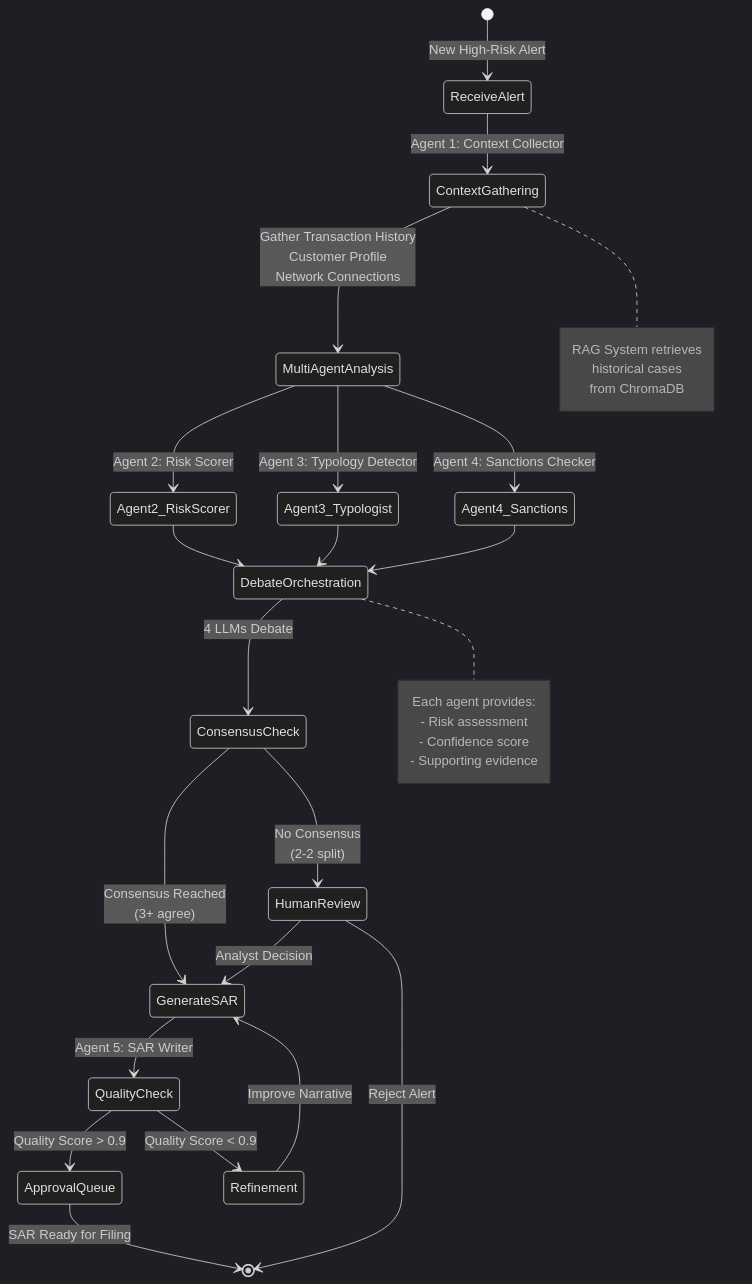
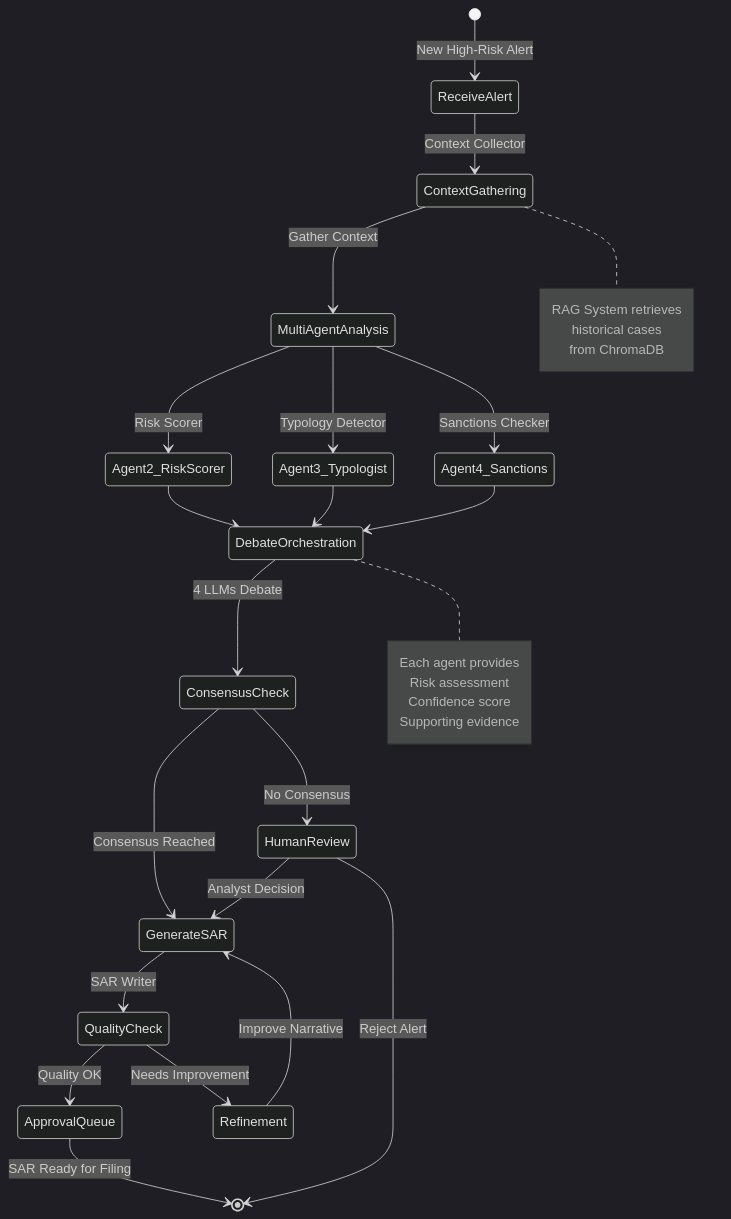
Before and after one commit to gregorizeidler/Nexus-ai: diagram 32 of 45 in README.md, drawn with Mermaid.

Commit message:
Fix LangGraph State Machine Mermaid diagram syntax

````diff
--- a/README.md
+++ b/README.md
@@ -3559,47 +3559,47 @@
 ```mermaid
 %%{init: {'theme':'dark', 'themeVariables': { 'primaryColor':'#1e3a8a','secondaryColor':'#7c3aed','tertiaryColor':'#0891b2'}}}%%
 stateDiagram-v2
     [*] --> ReceiveAlert: New High-Risk Alert
     
-    ReceiveAlert --> ContextGathering: Agent 1: Context Collector
+    ReceiveAlert --> ContextGathering: Context Collector
     
-    ContextGathering --> MultiAgentAnalysis: Gather Transaction History<br/>Customer Profile<br/>Network Connections
+    ContextGathering --> MultiAgentAnalysis: Gather Context
     
-    MultiAgentAnalysis --> Agent2_RiskScorer: Agent 2: Risk Scorer
-    MultiAgentAnalysis --> Agent3_Typologist: Agent 3: Typology Detector
-    MultiAgentAnalysis --> Agent4_Sanctions: Agent 4: Sanctions Checker
+    MultiAgentAnalysis --> Agent2_RiskScorer: Risk Scorer
+    MultiAgentAnalysis --> Agent3_Typologist: Typology Detector
+    MultiAgentAnalysis --> Agent4_Sanctions: Sanctions Checker
     
     Agent2_RiskScorer --> DebateOrchestration
     Agent3_Typologist --> DebateOrchestration
     Agent4_Sanctions --> DebateOrchestration
     
     DebateOrchestration --> ConsensusCheck: 4 LLMs Debate
     
-    ConsensusCheck --> GenerateSAR: Consensus Reached<br/>(3+ agree)
-    ConsensusCheck --> HumanReview: No Consensus<br/>(2-2 split)
+    ConsensusCheck --> GenerateSAR: Consensus Reached
+    ConsensusCheck --> HumanReview: No Consensus
     
-    GenerateSAR --> QualityCheck: Agent 5: SAR Writer
+    GenerateSAR --> QualityCheck: SAR Writer
     
-    QualityCheck --> ApprovalQueue: Quality Score > 0.9
-    QualityCheck --> Refinement: Quality Score < 0.9
+    QualityCheck --> ApprovalQueue: Quality OK
+    QualityCheck --> Refinement: Needs Improvement
     
     Refinement --> GenerateSAR: Improve Narrative
     
     HumanReview --> GenerateSAR: Analyst Decision
     HumanReview --> [*]: Reject Alert
     
     ApprovalQueue --> [*]: SAR Ready for Filing
     
     note right of ContextGathering
         RAG System retrieves
         historical cases
         from ChromaDB
     end note
     
     note right of DebateOrchestration
-        Each agent provides:
-        - Risk assessment
-        - Confidence score
-        - Supporting evidence
+        Each agent provides
+        Risk assessment
+        Confidence score
+        Supporting evidence
     end note
 ```
````
